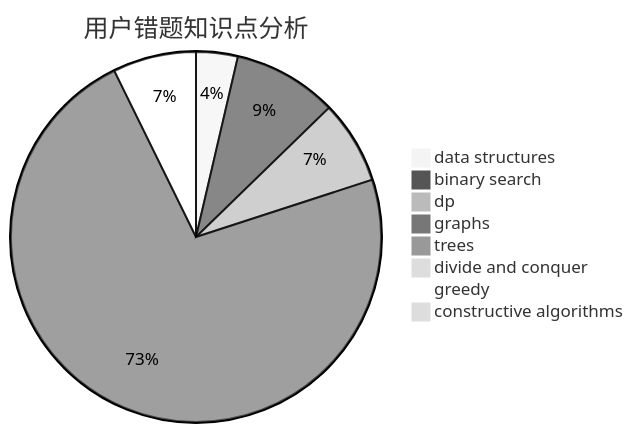
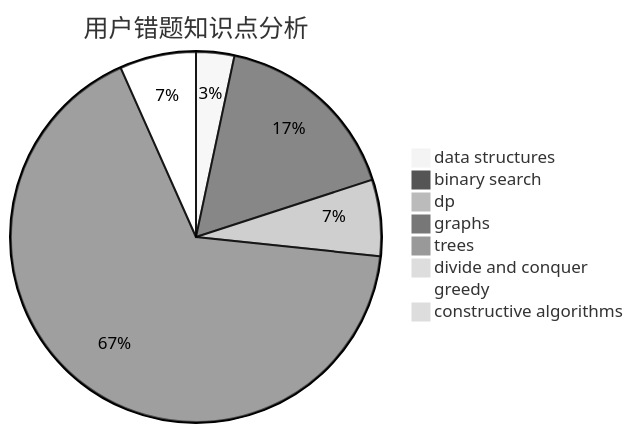
One commit to sherpahu/cfrs.github.io changed the third of 3 diagrams in docs/user/u2738.md. Above: the diagram before and after it, drawn with Mermaid (neutral theme). The commit also changed other lines of this file and 2770 other files, not shown here.

````diff
--- a/docs/user/u2738.md
+++ b/docs/user/u2738.md
@@ -36,11 +36,11 @@
 ```mermaid
 pie title 用户错题知识点分析
     "data structures" :  2
-    "binary search" :  5
+    "binary search" :  10
     "dp" :  4
     "graphs" :  40
     "trees" :  0
     "divide and conquer" :  0
     "greedy" :  4
     "constructive algorithms" :  0
 ```
````
